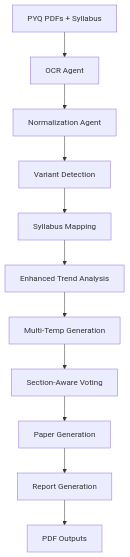
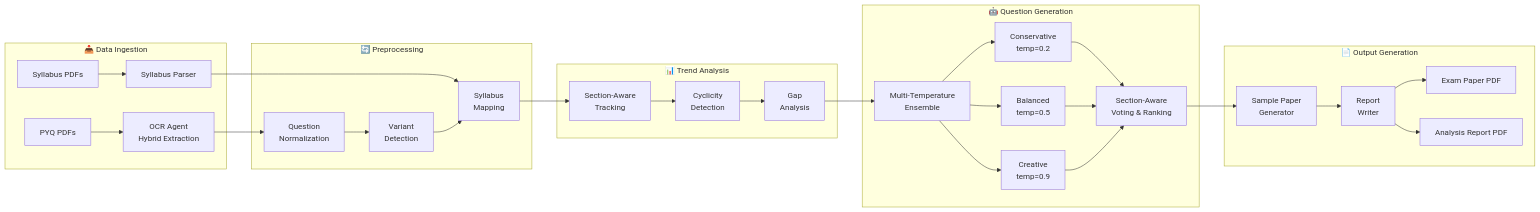
The diagram in README.md (23f2002284/Kripaa), drawn with Mermaid before and after one commit.

Commit message:
readme architecture update

````diff
--- a/README.md
+++ b/README.md
@@ -103,13 +103,57 @@
 ```mermaid
-graph TD
-    A[PYQ PDFs + Syllabus] --> B[OCR Agent]
-    B --> C[Normalization Agent]
-    C --> D[Variant Detection]
-    D --> E[Syllabus Mapping]
-    E --> F[Enhanced Trend Analysis]
-    F --> G[Multi-Temp Generation]
-    G --> H[Section-Aware Voting]
-    H --> I[Paper Generation]
-    I --> J[Report Generation]
-    J --> K[PDF Outputs]
+graph LR
+    subgraph Ingestion["📥 Data Ingestion"]
+        A1[PYQ PDFs]
+        A2[Syllabus PDFs]
+        B1[OCR Agent<br/>Hybrid Extraction]
+        B2[Syllabus Parser]
+    end
+    
+    subgraph Preprocessing["🔄 Preprocessing"]
+        C[Question<br/>Normalization]
+        D[Variant<br/>Detection]
+        E[Syllabus<br/>Mapping]
+    end
+    
+    subgraph Analysis["📊 Trend Analysis"]
+        F1[Section-Aware<br/>Tracking]
+        F2[Cyclicity<br/>Detection]
+        F3[Gap<br/>Analysis]
+    end
+    
+    subgraph Generation["🤖 Question Generation"]
+        G1[Multi-Temperature<br/>Ensemble]
+        G2[Conservative<br/>temp=0.2]
+        G3[Balanced<br/>temp=0.5]
+        G4[Creative<br/>temp=0.9]
+        H[Section-Aware<br/>Voting & Ranking]
+    end
+    
+    subgraph Output["📄 Output Generation"]
+        I[Sample Paper<br/>Generator]
+        J[Report<br/>Writer]
+        K1[Exam Paper PDF]
+        K2[Analysis Report PDF]
+    end
+    
+    A1 --> B1
+    A2 --> B2
+    B1 --> C
+    B2 --> E
+    C --> D
+    D --> E
+    E --> F1
+    F1 --> F2
+    F2 --> F3
+    F3 --> G1
+    G1 --> G2
+    G1 --> G3
+    G1 --> G4
+    G2 --> H
+    G3 --> H
+    G4 --> H
+    H --> I
+    I --> J
+    J --> K1
+    J --> K2
 ```
````
